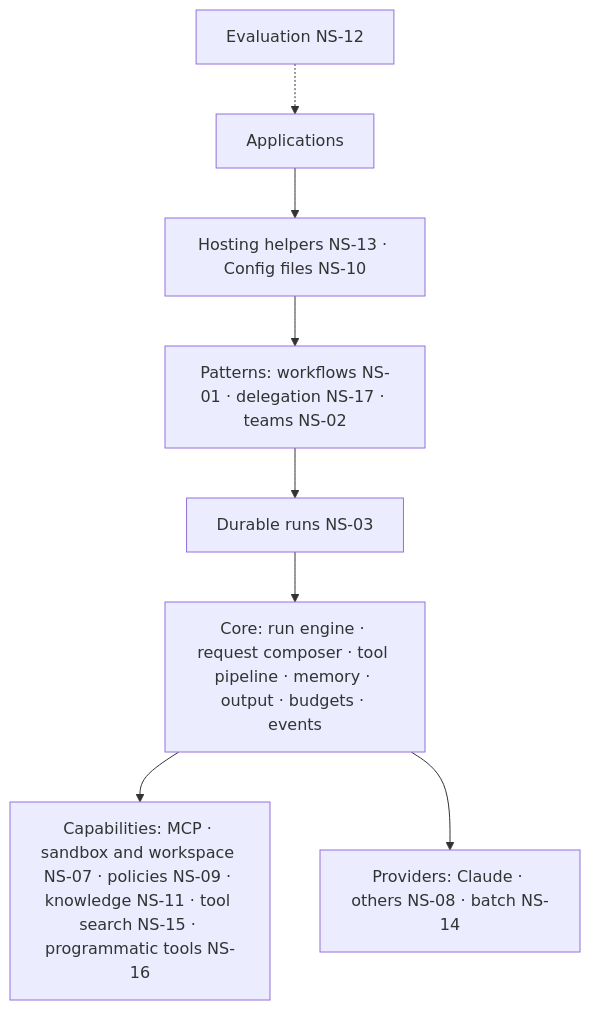
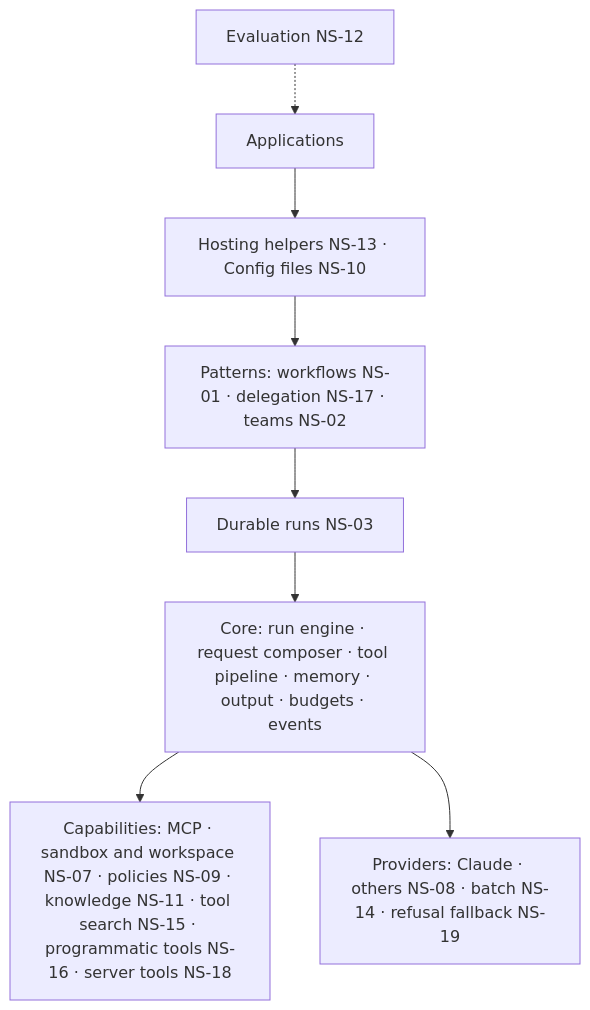
One commit to sleepyshark85/Officina changed the fifth of 6 diagrams in ARCHITECTURE.md. Above: the diagram before and after it, drawn with Mermaid. The commit also changed other lines of this file and 2 other files, not shown here.

````diff
--- a/ARCHITECTURE.md
+++ b/ARCHITECTURE.md
@@ -315,15 +344,15 @@
 ```mermaid
 flowchart TB
     Apps[Applications]
     Host[Hosting helpers NS-13 · Config files NS-10]
     Patterns[Patterns: workflows NS-01 · delegation NS-17 · teams NS-02]
     Durable[Durable runs NS-03]
     Core[Core: run engine · request composer · tool pipeline · memory · output · budgets · events]
-    Caps[Capabilities: MCP · sandbox and workspace NS-07 · policies NS-09 · knowledge NS-11 · tool search NS-15 · programmatic tools NS-16]
-    Providers[Providers: Claude · others NS-08 · batch NS-14]
+    Caps[Capabilities: MCP · sandbox and workspace NS-07 · policies NS-09 · knowledge NS-11 · tool search NS-15 · programmatic tools NS-16 · server tools NS-18]
+    Providers[Providers: Claude · others NS-08 · batch NS-14 · refusal fallback NS-19]
     Eval[Evaluation NS-12]
     Apps --> Host --> Patterns --> Durable --> Core
     Core --> Caps
     Core --> Providers
     Eval -.-> Apps
 ```
````
